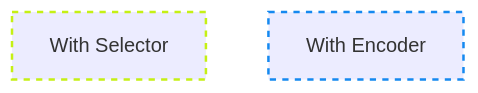
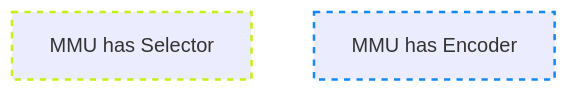
Before and after one commit to 3DCoded/Happy-Hare: the second of 2 diagrams in MMU-Calibration.md, drawn with Mermaid.

````diff
--- a/MMU-Calibration.md
+++ b/MMU-Calibration.md
@@ -38,8 +38,8 @@
 ```mermaid
 graph TD;
-    LINEAR_SELECTOR["With Selector"]
-    ENCODER["With Encoder"]
+    LINEAR_SELECTOR["MMU has Selector"]
+    ENCODER["MMU has Encoder"]
 
     style LINEAR_SELECTOR stroke-dasharray: 5 5, stroke:#c5f015, stroke-width:2px
     style ENCODER stroke-dasharray: 5 5, stroke:#1589f0, stroke-width:2px
 ```
````
